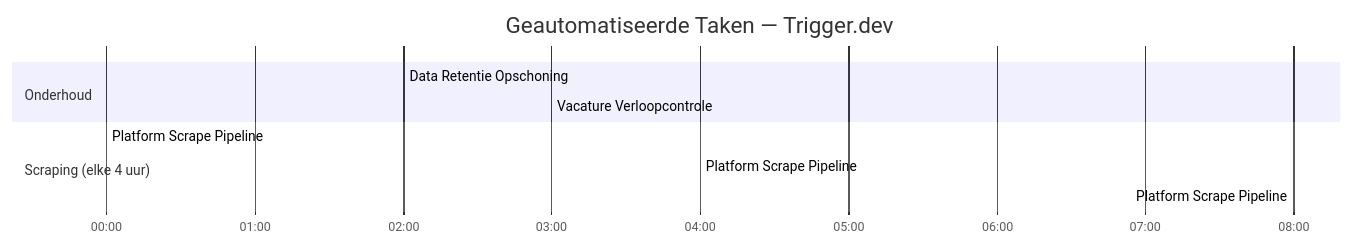
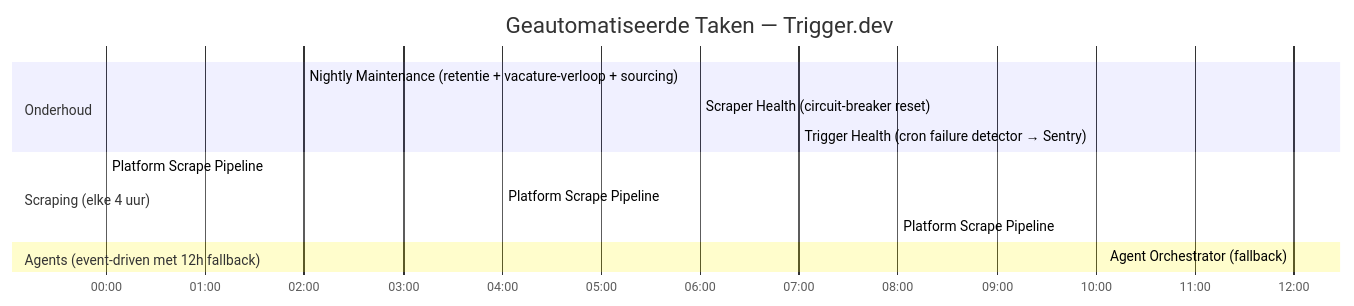
One commit to RyanLisse/motian changed the tenth of 12 diagrams in README.md. Above: the diagram before and after it, drawn with Mermaid. The commit also changed other lines of this file and 5 other files, not shown here.

````diff
--- a/README.md
+++ b/README.md
@@ -490,15 +490,19 @@
 ```mermaid
 gantt
     title Geautomatiseerde Taken — Trigger.dev
     dateFormat HH:mm
     axisFormat %H:%M
 
     section Onderhoud
-    Data Retentie Opschoning      :02:00, 30min
-    Vacature Verloopcontrole      :03:00, 15min
+    Nightly Maintenance (retentie + vacature-verloop + sourcing)  :02:00, 45min
+    Scraper Health (circuit-breaker reset)                         :06:00, 5min
+    Trigger Health (cron failure detector → Sentry)                :07:00, 10min
 
     section Scraping (elke 4 uur)
     Platform Scrape Pipeline      :00:00, 45min
     Platform Scrape Pipeline      :04:00, 45min
     Platform Scrape Pipeline      :08:00, 45min
+
+    section Agents (event-driven met 12h fallback)
+    Agent Orchestrator (fallback)                                  :12:00, 10min
 ```
````
